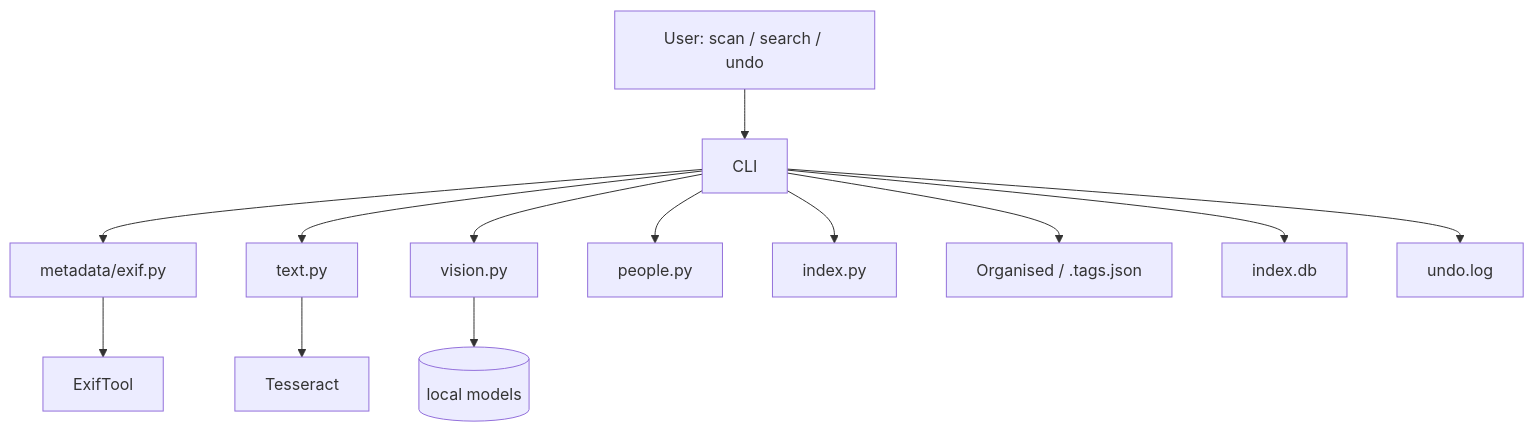
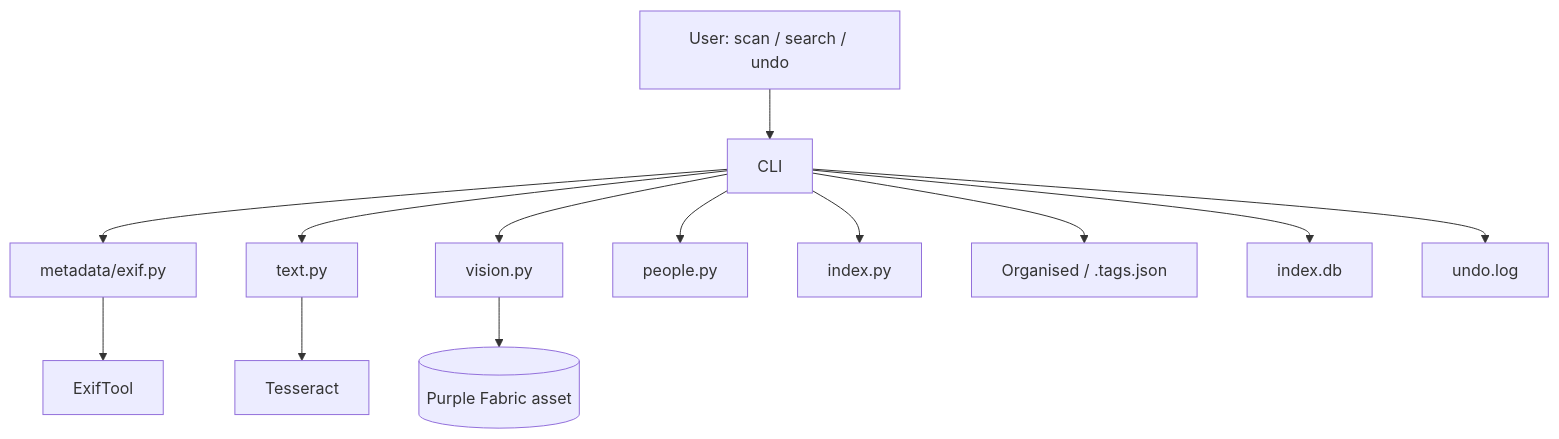
Before and after one commit to mohdhumaid/Photo-Archivist-Agent: the diagram in README.md, drawn with Mermaid. The commit also changed other lines of this file and 3 other files, not shown here.

Commit message:
README audit: fix 10 incorrect claims (quickstart deps, undo/index.db, credentials, arch diagram); whole-word role match + people-library title annotation in search

````diff
--- a/README.md
+++ b/README.md
@@ -350,15 +365,15 @@
 ```mermaid
 graph TD
     A[User: scan / search / undo] --> B[CLI]
     B --> C[metadata/exif.py]
     B --> D[text.py]
     B --> E[vision.py]
     B --> F[people.py]
     B --> G[index.py]
     C --> H[ExifTool]
     D --> I[Tesseract]
-    E --> J[(local models)]
+    E --> J[(Purple Fabric asset)]
     B --> K[Organised / .tags.json]
     B --> L[index.db]
     B --> M[undo.log]
 ```
````
